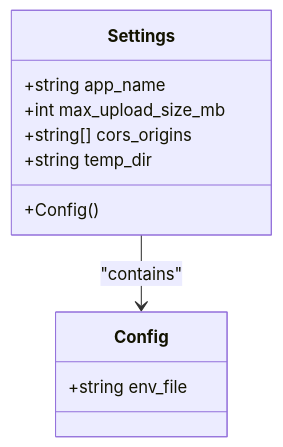
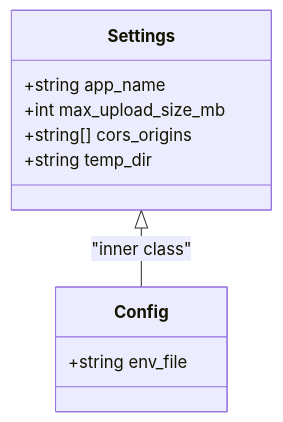
The third of 6 diagrams in .qoder/repowiki/en/content/Configuration Management.md (geekeraman/dissertation-checker), drawn with Mermaid before and after one commit. The commit also changed other lines of this file and 88 other files, not shown here.

````diff
--- a/.qoder/repowiki/en/content/Configuration Management.md
+++ b/.qoder/repowiki/en/content/Configuration Management.md
@@ -103,14 +127,13 @@
 ```mermaid
 classDiagram
 class Settings {
 +string app_name
 +int max_upload_size_mb
 +string[] cors_origins
 +string temp_dir
-+Config()
 }
 class Config {
 +string env_file
 }
-Settings --> Config : "contains"
+Settings <|-- Config : "inner class"
 ```
````
